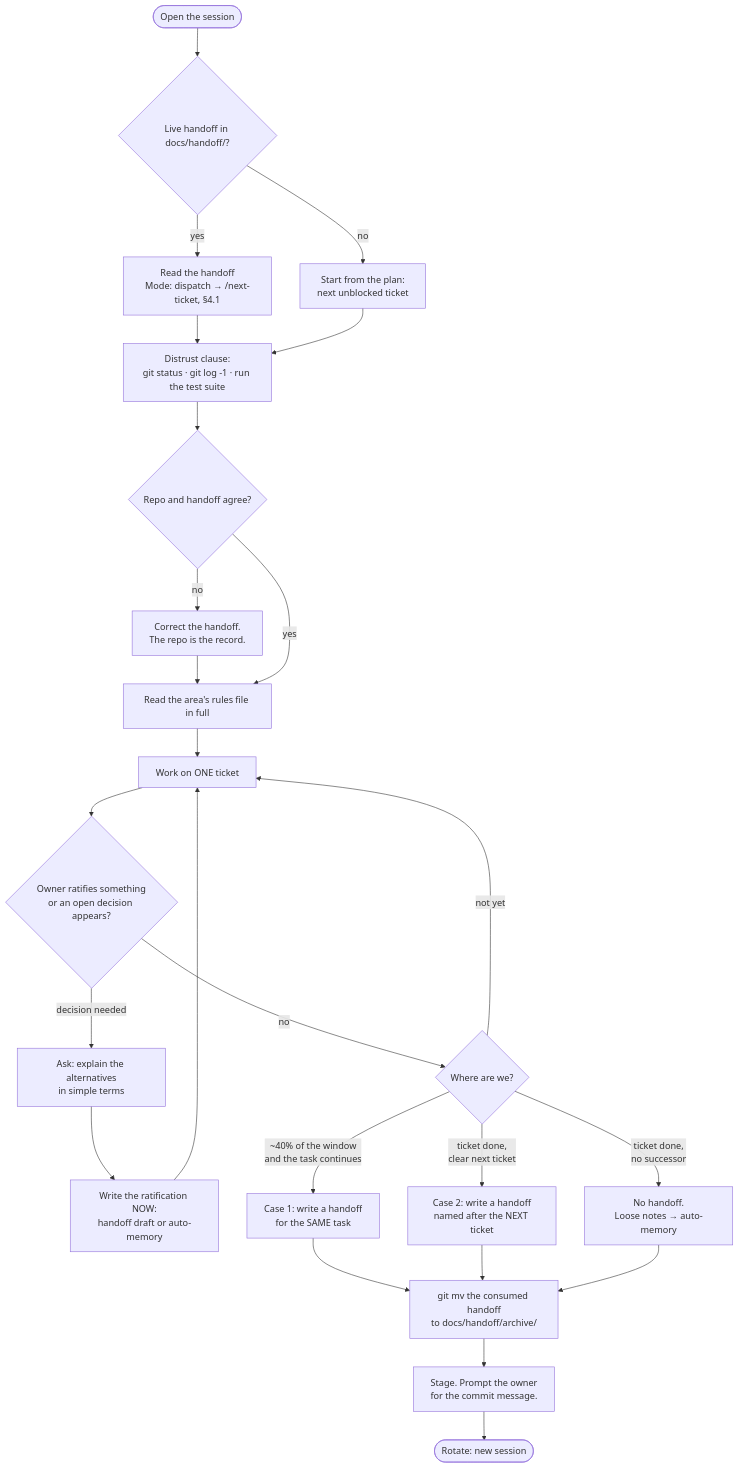
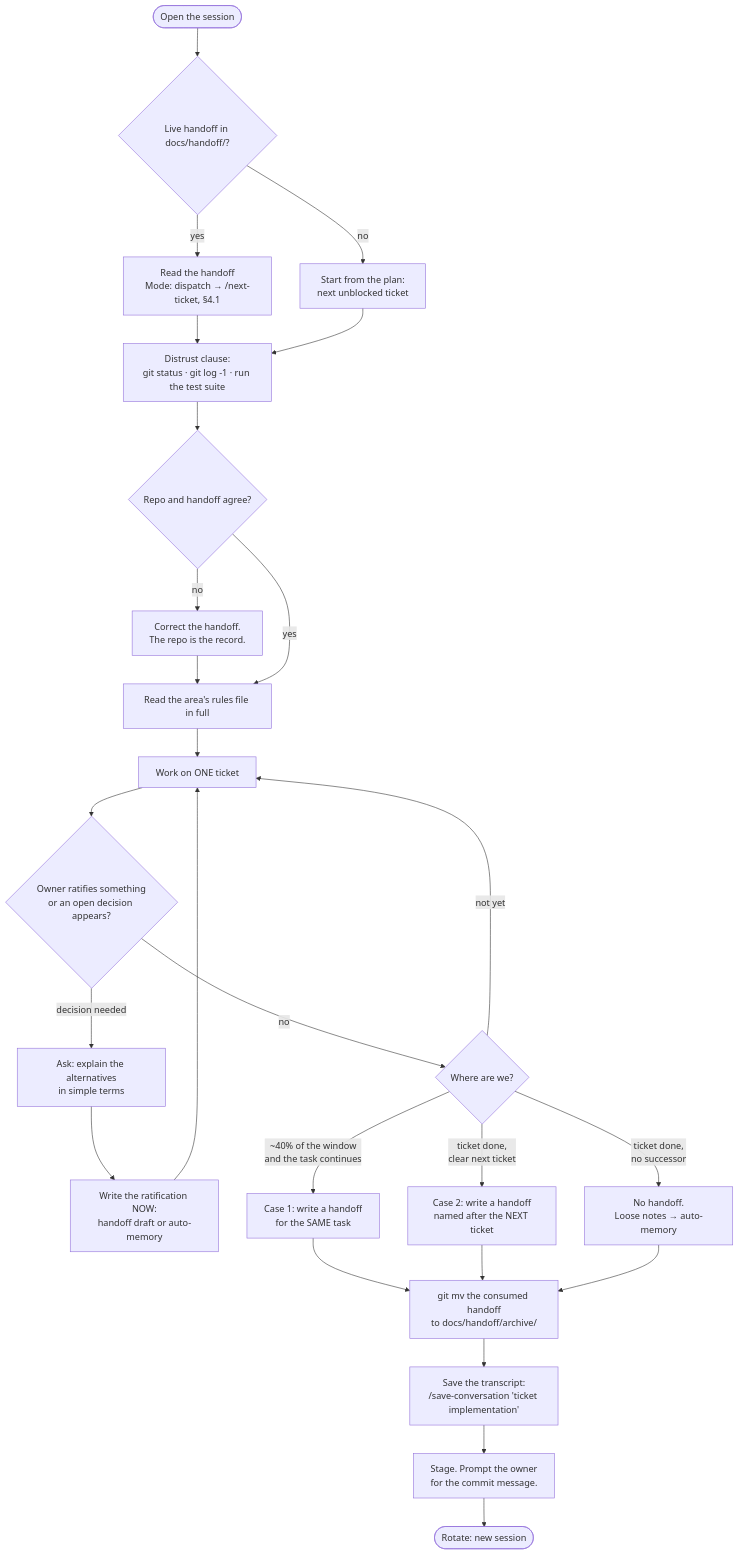
Before and after one commit to FNF60/Claude-Starter-Kit: the first of 4 diagrams in WORKFLOW.md, drawn with Mermaid. The commit also changed other lines of this file and 9 other files, not shown here.

Commit message:
Save a transcript per ticket: save-agent for ticket-agent transcripts, dropped-prompt parser fix, LF output

````diff
--- a/WORKFLOW.md
+++ b/WORKFLOW.md
@@ -56,27 +56,28 @@
 ```mermaid
 flowchart TD
     A([Open the session]) --> B{Live handoff in docs/handoff/?}
     B -- yes --> C[Read the handoff<br/>Mode: dispatch → /next-ticket, §4.1]
     B -- no --> D[Start from the plan:<br/>next unblocked ticket]
     C --> E[Distrust clause:<br/>git status · git log -1 · run the test suite]
     D --> E
     E --> F{Repo and handoff agree?}
     F -- no --> G[Correct the handoff.<br/>The repo is the record.]
     G --> H
     F -- yes --> H[Read the area's rules file in full]
     H --> I[Work on ONE ticket]
     I --> J{Owner ratifies something<br/>or an open decision appears?}
     J -- decision needed --> K[Ask: explain the alternatives<br/>in simple terms]
     K --> L[Write the ratification NOW:<br/>handoff draft or auto-memory]
     L --> I
     J -- no --> M{Where are we?}
     M -- "~40% of the window<br/>and the task continues" --> N[Case 1: write a handoff<br/>for the SAME task]
     M -- "ticket done,<br/>clear next ticket" --> O[Case 2: write a handoff<br/>named after the NEXT ticket]
     M -- "ticket done,<br/>no successor" --> P[No handoff.<br/>Loose notes → auto-memory]
     M -- not yet --> I
     N --> Q[git mv the consumed handoff<br/>to docs/handoff/archive/]
     O --> Q
     P --> Q
-    Q --> R[Stage. Prompt the owner<br/>for the commit message.]
+    Q --> T[Save the transcript:<br/>/save-conversation 'ticket implementation']
+    T --> R[Stage. Prompt the owner<br/>for the commit message.]
     R --> S([Rotate: new session])
 ```
````
